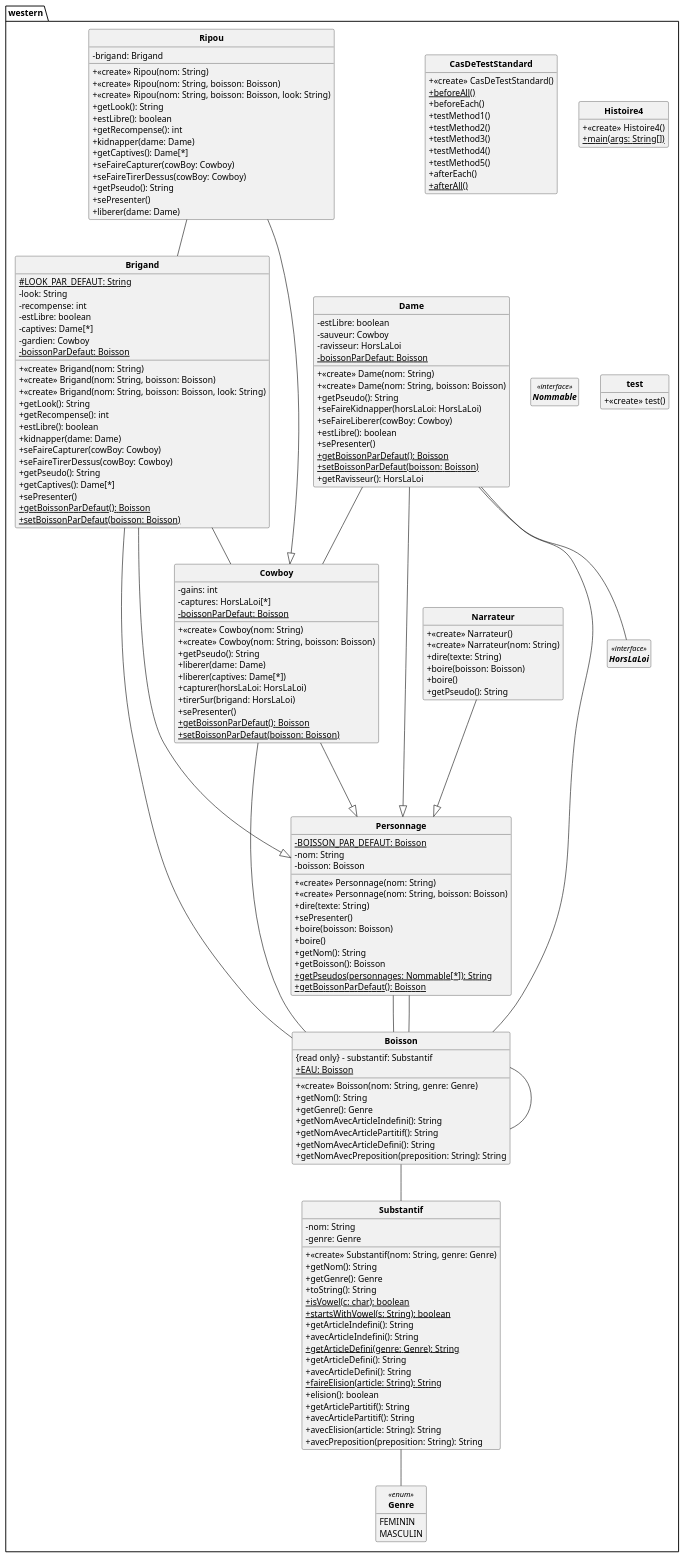
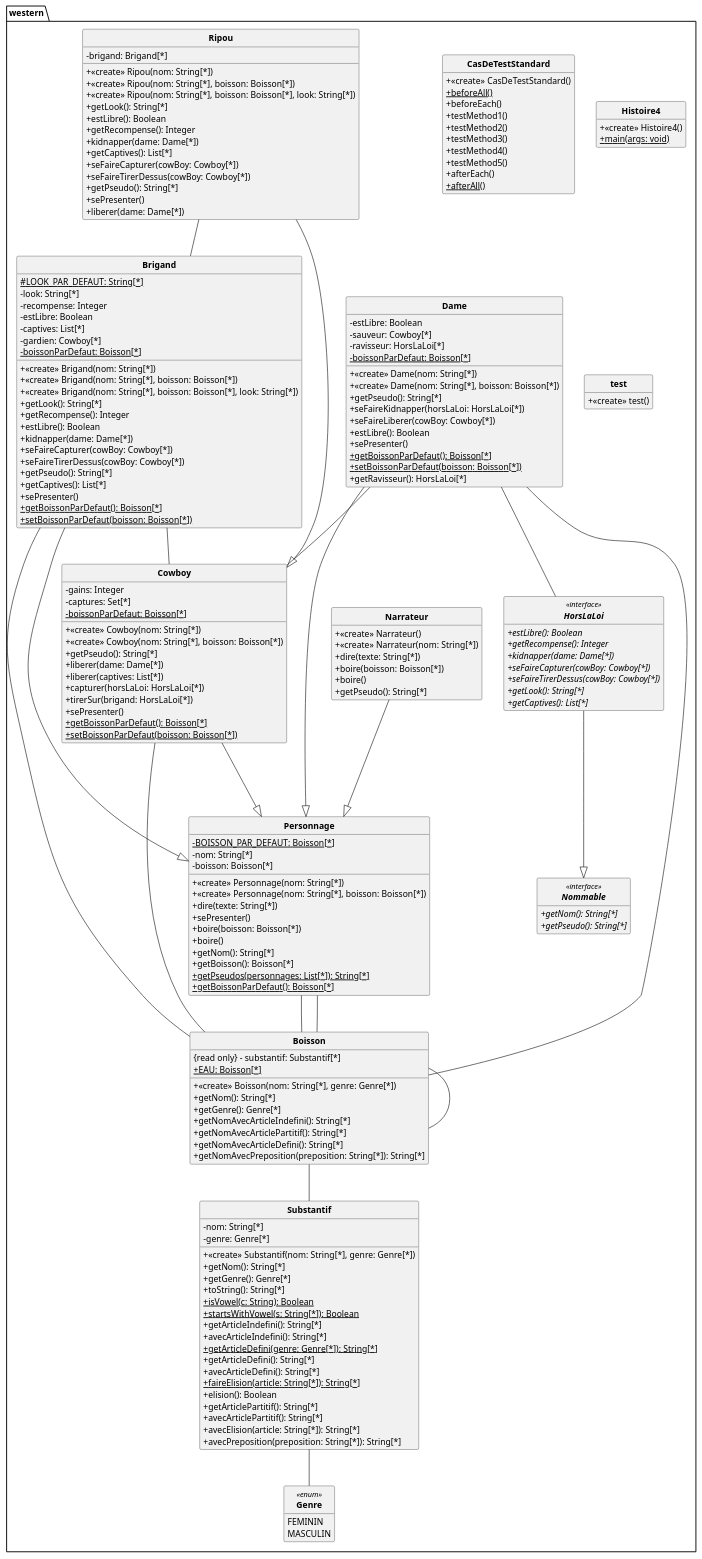
One commit to SylvainSchaefer/Java-to-PUML changed the diagram in src/pumlFromJava/DC_Western.puml. Above: the diagram before and after it, drawn with PlantUML. The commit also changed 4 other files, not shown here.

```diff
--- a/src/pumlFromJava/DC_Western.puml
+++ b/src/pumlFromJava/DC_Western.puml
@@ -5,17 +5,16 @@
 skinparam classFontStyle Bold
 hide empty members
 
-'''DCA + 
 Class western.Boisson{
-+ <<create>> Boisson(nom: String, genre: Genre)
-{read only} - substantif: Substantif
-{static} + EAU: Boisson
-+ getNom(): String
-+ getGenre(): Genre
-+ getNomAvecArticleIndefini(): String
-+ getNomAvecArticlePartitif(): String
-+ getNomAvecArticleDefini(): String
-+ getNomAvecPreposition(preposition: String): String
++ <<create>> Boisson(nom: String[*], genre: Genre[*])
+{read only} - substantif: Substantif[*]
+{static} + EAU: Boisson[*]
++ getNom(): String[*]
++ getGenre(): Genre[*]
++ getNomAvecArticleIndefini(): String[*]
++ getNomAvecArticlePartitif(): String[*]
++ getNomAvecArticleDefini(): String[*]
++ getNomAvecPreposition(preposition: String[*]): String[*]
 
 }
 western.Boisson -- western.Substantif
@@ -23,27 +22,27 @@
 
 
 Class western.Brigand{
-+ <<create>> Brigand(nom: String)
-+ <<create>> Brigand(nom: String, boisson: Boisson)
-+ <<create>> Brigand(nom: String, boisson: Boisson, look: String)
-{static} # LOOK_PAR_DEFAUT: String
-- look: String
-- recompense: int
-- estLibre: boolean
-- captives: Dame[*]
-- gardien: Cowboy
-+ getLook(): String
-+ getRecompense(): int
-+ estLibre(): boolean
-+ kidnapper(dame: Dame)
-+ seFaireCapturer(cowBoy: Cowboy)
-+ seFaireTirerDessus(cowBoy: Cowboy)
-+ getPseudo(): String
-+ getCaptives(): Dame[*]
++ <<create>> Brigand(nom: String[*])
++ <<create>> Brigand(nom: String[*], boisson: Boisson[*])
++ <<create>> Brigand(nom: String[*], boisson: Boisson[*], look: String[*])
+{static} # LOOK_PAR_DEFAUT: String[*]
+- look: String[*]
+- recompense: Integer
+- estLibre: Boolean
+- captives: List[*]
+- gardien: Cowboy[*]
++ getLook(): String[*]
++ getRecompense(): Integer
++ estLibre(): Boolean
++ kidnapper(dame: Dame[*])
++ seFaireCapturer(cowBoy: Cowboy[*])
++ seFaireTirerDessus(cowBoy: Cowboy[*])
++ getPseudo(): String[*]
++ getCaptives(): List[*]
 + sePresenter()
-{static} - boissonParDefaut: Boisson
-{static} + getBoissonParDefaut(): Boisson
-{static} + setBoissonParDefaut(boisson: Boisson)
+{static} - boissonParDefaut: Boisson[*]
+{static} + getBoissonParDefaut(): Boisson[*]
+{static} + setBoissonParDefaut(boisson: Boisson[*])
 
 }
 western.Brigand -- western.Cowboy
@@ -66,39 +65,39 @@
 
 
 Class western.Cowboy{
-+ <<create>> Cowboy(nom: String)
-+ <<create>> Cowboy(nom: String, boisson: Boisson)
-- gains: int
-- captures: HorsLaLoi[*]
-+ getPseudo(): String
-+ liberer(dame: Dame)
-+ liberer(captives: Dame[*])
-+ capturer(horsLaLoi: HorsLaLoi)
-+ tirerSur(brigand: HorsLaLoi)
++ <<create>> Cowboy(nom: String[*])
++ <<create>> Cowboy(nom: String[*], boisson: Boisson[*])
+- gains: Integer
+- captures: Set[*]
++ getPseudo(): String[*]
++ liberer(dame: Dame[*])
++ liberer(captives: List[*])
++ capturer(horsLaLoi: HorsLaLoi[*])
++ tirerSur(brigand: HorsLaLoi[*])
 + sePresenter()
-{static} - boissonParDefaut: Boisson
-{static} + getBoissonParDefaut(): Boisson
-{static} + setBoissonParDefaut(boisson: Boisson)
+{static} - boissonParDefaut: Boisson[*]
+{static} + getBoissonParDefaut(): Boisson[*]
+{static} + setBoissonParDefaut(boisson: Boisson[*])
 
 }
 western.Cowboy -- western.Boisson
 
 western.Cowboy ---|> western.Personnage
 Class western.Dame{
-+ <<create>> Dame(nom: String)
-+ <<create>> Dame(nom: String, boisson: Boisson)
-- estLibre: boolean
-- sauveur: Cowboy
-- ravisseur: HorsLaLoi
-+ getPseudo(): String
-+ seFaireKidnapper(horsLaLoi: HorsLaLoi)
-+ seFaireLiberer(cowBoy: Cowboy)
-+ estLibre(): boolean
++ <<create>> Dame(nom: String[*])
++ <<create>> Dame(nom: String[*], boisson: Boisson[*])
+- estLibre: Boolean
+- sauveur: Cowboy[*]
+- ravisseur: HorsLaLoi[*]
++ getPseudo(): String[*]
++ seFaireKidnapper(horsLaLoi: HorsLaLoi[*])
++ seFaireLiberer(cowBoy: Cowboy[*])
++ estLibre(): Boolean
 + sePresenter()
-{static} - boissonParDefaut: Boisson
-{static} + getBoissonParDefaut(): Boisson
-{static} + setBoissonParDefaut(boisson: Boisson)
-+ getRavisseur(): HorsLaLoi
+{static} - boissonParDefaut: Boisson[*]
+{static} + getBoissonParDefaut(): Boisson[*]
+{static} + setBoissonParDefaut(boisson: Boisson[*])
++ getRavisseur(): HorsLaLoi[*]
 
 }
 western.Dame -- western.Cowboy
@@ -113,40 +112,54 @@
 }
 Class western.Histoire4{
 + <<create>> Histoire4()
-{static} + main(args: String[])
+{static} + main(args: void)
 
 }
 
 
 Interface western.HorsLaLoi<<interface>> {
+{abstract} + estLibre(): Boolean
+{abstract} + getRecompense(): Integer
+{abstract} + kidnapper(dame: Dame[*])
+{abstract} + seFaireCapturer(cowBoy: Cowboy[*])
+{abstract} + seFaireTirerDessus(cowBoy: Cowboy[*])
+{abstract} + getLook(): String[*]
+{abstract} + getCaptives(): List[*]
+
 }
+western.HorsLaLoi ---|> western.Nommable
+
 Class western.Narrateur{
 + <<create>> Narrateur()
-+ <<create>> Narrateur(nom: String)
-+ dire(texte: String)
-+ boire(boisson: Boisson)
++ <<create>> Narrateur(nom: String[*])
++ dire(texte: String[*])
++ boire(boisson: Boisson[*])
 + boire()
-+ getPseudo(): String
++ getPseudo(): String[*]
 
 }
 
 western.Narrateur ---|> western.Personnage
 Interface western.Nommable<<interface>> {
+{abstract} + getNom(): String[*]
+{abstract} + getPseudo(): String[*]
+
 }
+
 Class western.Personnage{
-+ <<create>> Personnage(nom: String)
-+ <<create>> Personnage(nom: String, boisson: Boisson)
-{static} - BOISSON_PAR_DEFAUT: Boisson
-- nom: String
-- boisson: Boisson
-+ dire(texte: String)
++ <<create>> Personnage(nom: String[*])
++ <<create>> Personnage(nom: String[*], boisson: Boisson[*])
+{static} - BOISSON_PAR_DEFAUT: Boisson[*]
+- nom: String[*]
+- boisson: Boisson[*]
++ dire(texte: String[*])
 + sePresenter()
-+ boire(boisson: Boisson)
++ boire(boisson: Boisson[*])
 + boire()
-+ getNom(): String
-+ getBoisson(): Boisson
-{static} + getPseudos(personnages: Nommable[*]): String
-{static} + getBoissonParDefaut(): Boisson
++ getNom(): String[*]
++ getBoisson(): Boisson[*]
+{static} + getPseudos(personnages: List[*]): String[*]
+{static} + getBoissonParDefaut(): Boisson[*]
 
 }
 western.Personnage -- western.Boisson
@@ -154,45 +167,45 @@
 
 
 Class western.Ripou{
-+ <<create>> Ripou(nom: String)
-+ <<create>> Ripou(nom: String, boisson: Boisson)
-+ <<create>> Ripou(nom: String, boisson: Boisson, look: String)
-- brigand: Brigand
-+ getLook(): String
-+ estLibre(): boolean
-+ getRecompense(): int
-+ kidnapper(dame: Dame)
-+ getCaptives(): Dame[*]
-+ seFaireCapturer(cowBoy: Cowboy)
-+ seFaireTirerDessus(cowBoy: Cowboy)
-+ getPseudo(): String
++ <<create>> Ripou(nom: String[*])
++ <<create>> Ripou(nom: String[*], boisson: Boisson[*])
++ <<create>> Ripou(nom: String[*], boisson: Boisson[*], look: String[*])
+- brigand: Brigand[*]
++ getLook(): String[*]
++ estLibre(): Boolean
++ getRecompense(): Integer
++ kidnapper(dame: Dame[*])
++ getCaptives(): List[*]
++ seFaireCapturer(cowBoy: Cowboy[*])
++ seFaireTirerDessus(cowBoy: Cowboy[*])
++ getPseudo(): String[*]
 + sePresenter()
-+ liberer(dame: Dame)
++ liberer(dame: Dame[*])
 
 }
 western.Ripou -- western.Brigand
 
 western.Ripou ---|> western.Cowboy
 Class western.Substantif{
-+ <<create>> Substantif(nom: String, genre: Genre)
-- nom: String
-- genre: Genre
-+ getNom(): String
-+ getGenre(): Genre
-+ toString(): String
-{static} + isVowel(c: char): boolean
-{static} + startsWithVowel(s: String): boolean
-+ getArticleIndefini(): String
-+ avecArticleIndefini(): String
-{static} + getArticleDefini(genre: Genre): String
-+ getArticleDefini(): String
-+ avecArticleDefini(): String
-{static} + faireElision(article: String): String
-+ elision(): boolean
-+ getArticlePartitif(): String
-+ avecArticlePartitif(): String
-+ avecElision(article: String): String
-+ avecPreposition(preposition: String): String
++ <<create>> Substantif(nom: String[*], genre: Genre[*])
+- nom: String[*]
+- genre: Genre[*]
++ getNom(): String[*]
++ getGenre(): Genre[*]
++ toString(): String[*]
+{static} + isVowel(c: String): Boolean
+{static} + startsWithVowel(s: String[*]): Boolean
++ getArticleIndefini(): String[*]
++ avecArticleIndefini(): String[*]
+{static} + getArticleDefini(genre: Genre[*]): String[*]
++ getArticleDefini(): String[*]
++ avecArticleDefini(): String[*]
+{static} + faireElision(article: String[*]): String[*]
++ elision(): Boolean
++ getArticlePartitif(): String[*]
++ avecArticlePartitif(): String[*]
++ avecElision(article: String[*]): String[*]
++ avecPreposition(preposition: String[*]): String[*]
 
 }
 western.Substantif -- western.Genre
```
